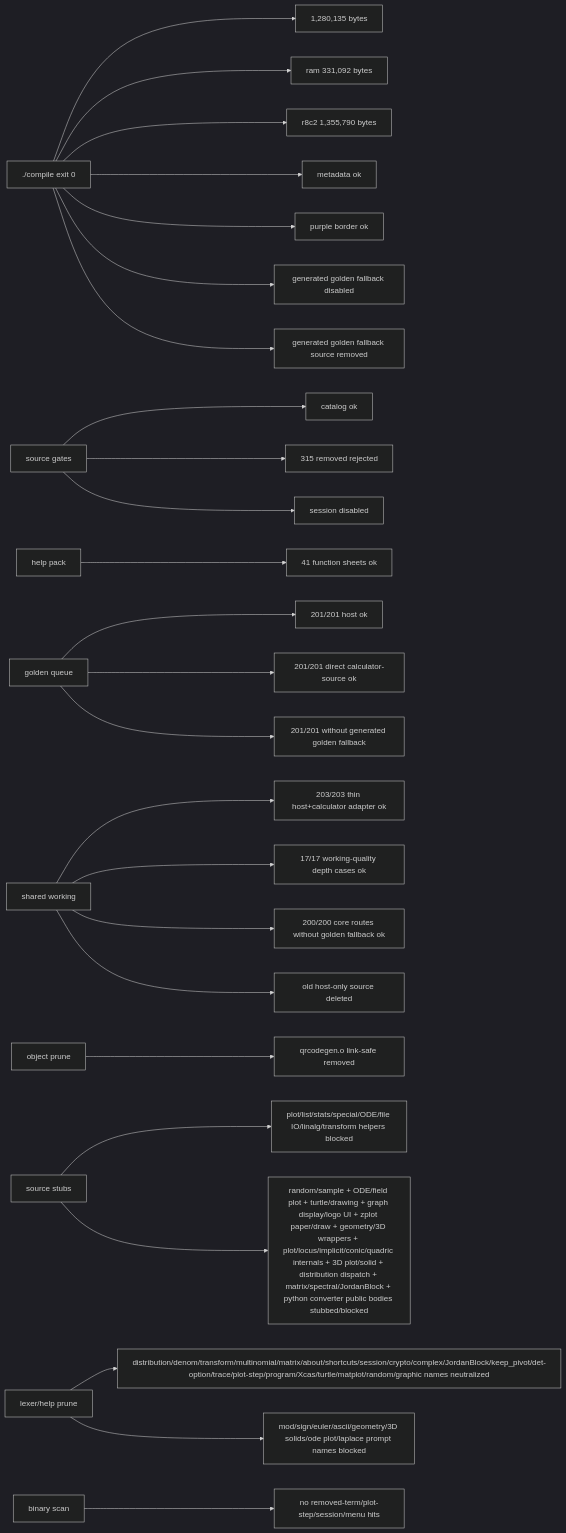
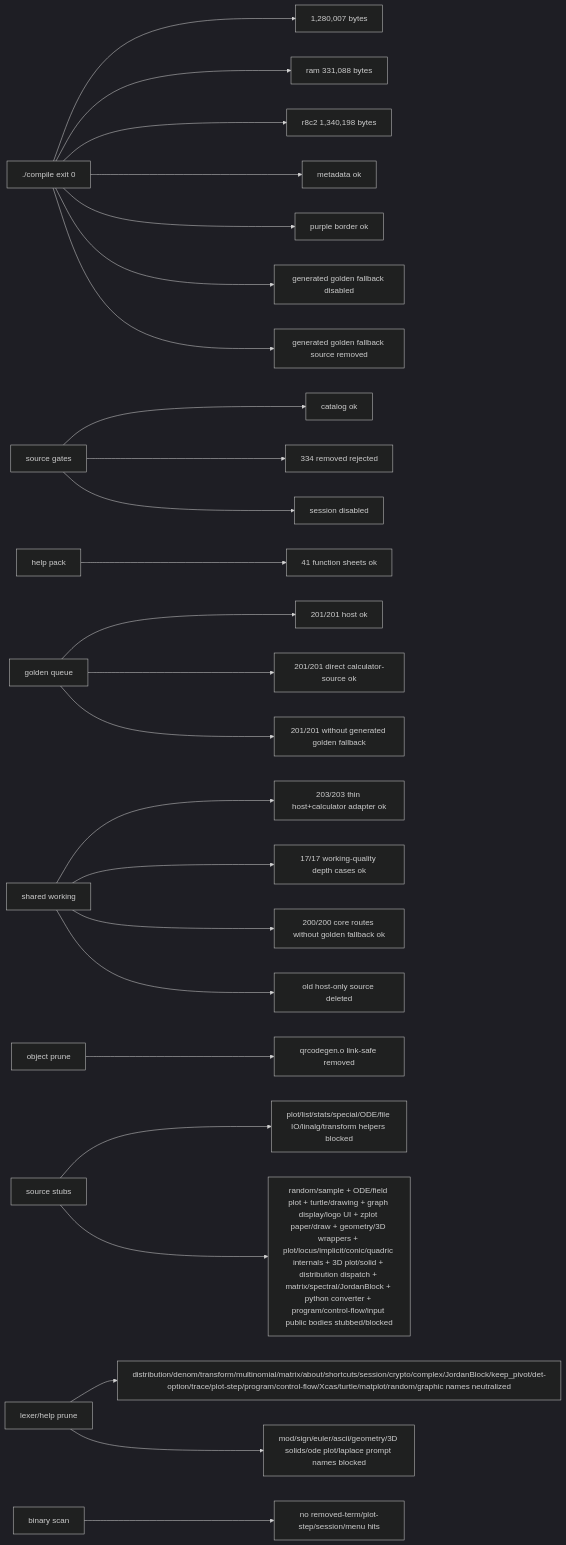
Before and after one commit to james8464/notes-addin-casio-fx-cg50: the seventh of 7 diagrams in docs/GRAPH.md, drawn with Mermaid (dark theme). The commit also changed other lines of this file and 5 other files, not shown here.

Commit message:
prune: stub program control runtime

````diff
--- a/docs/GRAPH.md
+++ b/docs/GRAPH.md
@@ -187,27 +189,27 @@
 ```mermaid
 graph LR
-  Build["./compile exit 0"] --> Size["1,280,135 bytes"]
-  Build --> Ram["ram 331,092 bytes"]
-  Build --> R8C2["r8c2 1,355,790 bytes"]
+  Build["./compile exit 0"] --> Size["1,280,007 bytes"]
+  Build --> Ram["ram 331,088 bytes"]
+  Build --> R8C2["r8c2 1,340,198 bytes"]
   Build --> Meta["metadata ok"]
   Build --> Border["purple border ok"]
   Build --> NoRuntimeFallback["generated golden fallback disabled"]
   Build --> NoRuntimeSource["generated golden fallback source removed"]
   Source["source gates"] --> Catalog["catalog ok"]
-  Source --> Removed["315 removed rejected"]
+  Source --> Removed["334 removed rejected"]
   Source --> Session["session disabled"]
   Help["help pack"] --> HelpQ["41 function sheets ok"]
   Queue["golden queue"] --> QueueRun["201/201 host ok"]
   Queue --> GoldenRun["201/201 direct calculator-source ok"]
   Queue --> NoGolden["201/201 without generated golden fallback"]
   Shared["shared working"] --> SharedRun["203/203 thin host+calculator adapter ok"]
   Shared --> WorkQ["17/17 working-quality depth cases ok"]
   Shared --> CoreRun["200/200 core routes without golden fallback ok"]
   Shared --> NoHostSrc["old host-only source deleted"]
   Obj["object prune"] --> QR["qrcodegen.o link-safe removed"]
   Macro["source stubs"] --> Stubbed["plot/list/stats/special/ODE/file IO/linalg/transform helpers blocked"]
-  Macro --> RuntimeStubbed["random/sample + ODE/field plot + turtle/drawing + graph display/logo UI + zplot paper/draw + geometry/3D wrappers + plot/locus/implicit/conic/quadric internals + 3D plot/solid + distribution dispatch + matrix/spectral/JordanBlock + python converter public bodies stubbed/blocked"]
-  Static["lexer/help prune"] --> StaticRun["distribution/denom/transform/multinomial/matrix/about/shortcuts/session/crypto/complex/JordanBlock/keep_pivot/det-option/trace/plot-step/program/Xcas/turtle/matplot/random/graphic names neutralized"]
+  Macro --> RuntimeStubbed["random/sample + ODE/field plot + turtle/drawing + graph display/logo UI + zplot paper/draw + geometry/3D wrappers + plot/locus/implicit/conic/quadric internals + 3D plot/solid + distribution dispatch + matrix/spectral/JordanBlock + python converter + program/control-flow/input public bodies stubbed/blocked"]
+  Static["lexer/help prune"] --> StaticRun["distribution/denom/transform/multinomial/matrix/about/shortcuts/session/crypto/complex/JordanBlock/keep_pivot/det-option/trace/plot-step/program/control-flow/Xcas/turtle/matplot/random/graphic names neutralized"]
   Static --> PromptRun["mod/sign/euler/ascii/geometry/3D solids/ode plot/laplace prompt names blocked"]
   Bin["binary scan"] --> NoLeak["no removed-term/plot-step/session/menu hits"]
 ```
````
